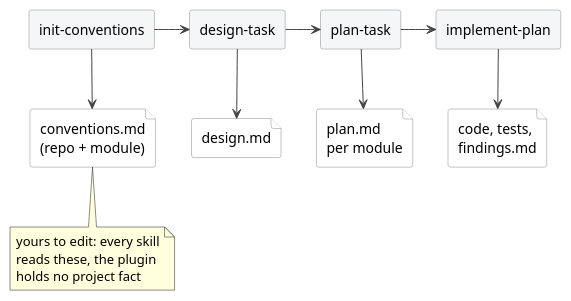
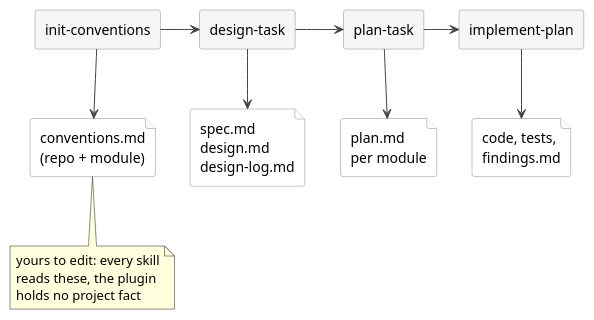
One commit to ds-usova/tdd-sdlc changed the diagram in docs/diagrams/workflow.puml. Above: the diagram before and after it, drawn with PlantUML. The commit also changed 17 other files, not shown here.

```diff
--- a/docs/diagrams/workflow.puml
+++ b/docs/diagrams/workflow.puml
@@ -1,40 +1,40 @@
 @startuml workflow
 skinparam defaultFontName Helvetica
 skinparam shadowing false
 skinparam ArrowColor #444
 skinparam rectangle {
   BackgroundColor #F4F6F8
   BorderColor #888
 }
 skinparam file {
   BackgroundColor #FFFFFF
   BorderColor #888
 }
 top to bottom direction
 
 rectangle "init-conventions" as IC
 rectangle "design-task" as DT
 rectangle "plan-task" as PT
 rectangle "implement-plan" as IP
 file "conventions.md\n(repo + module)" as CV
-file "design.md" as D
+file "spec.md \ndesign.md\ndesign-log.md" as D
 file "plan.md\nper module" as P
 file "code, tests,\nfindings.md" as C
 
 note bottom of CV
   yours to edit: every skill
   reads these, the plugin
   holds no project fact
 end note
 
 IC -> DT
 DT -> PT
 PT -> IP
 IC --> CV
 DT --> D
 PT --> P
 IP --> C
 CV -[hidden]> D
 D -[hidden]> P
 P -[hidden]> C
 @enduml
```
